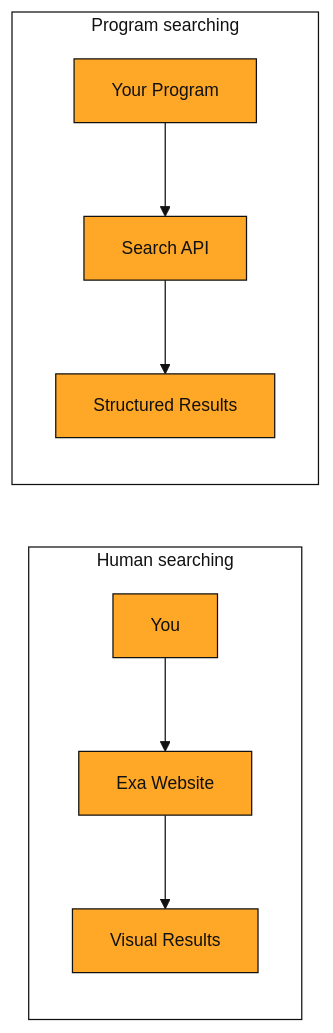
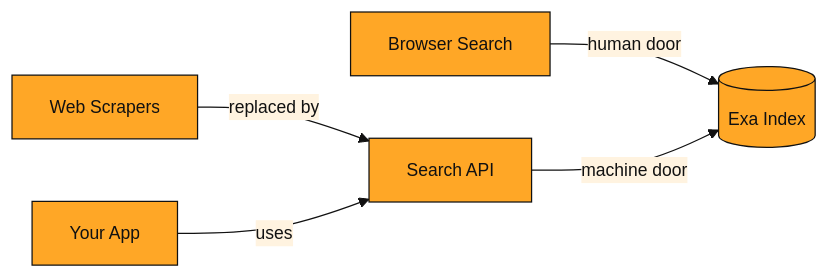
The diagram in exa-a-beginner-s-guide-to-search-api-beginner/lesson-04.md (The-Web3-Compass/Stack-courses), drawn with Mermaid before and after one commit. The commit also changed other lines of this file and 58 other files, not shown here.

````diff
--- a/exa-a-beginner-s-guide-to-search-api-beginner/lesson-04.md
+++ b/exa-a-beginner-s-guide-to-search-api-beginner/lesson-04.md
@@ -18,12 +45,8 @@
 ```mermaid
 %%{init: {'theme':'base','themeVariables':{'primaryColor':'#FFA726','primaryTextColor':'#111111','primaryBorderColor':'#111111','lineColor':'#111111','secondaryColor':'#FFF3E0','secondaryTextColor':'#111111','secondaryBorderColor':'#111111','tertiaryColor':'#FFFFFF','tertiaryTextColor':'#111111','tertiaryBorderColor':'#111111','fontFamily':'Inter, ui-sans-serif, system-ui, sans-serif','fontSize':'14px'}}}%%
 flowchart LR
-    subgraph Human["Human searching"]
-        U[You] --> EW[Exa Website]
-        EW --> VR[Visual Results]
-    end
-    subgraph Code["Program searching"]
-        P[Your Program] --> SA[Search API]
-        SA --> SR[Structured Results]
-    end
+    Scraper[Web Scrapers] -->|replaced by| API[Search API]
+    Browser[Browser Search] -->|human door| Index[(Exa Index)]
+    API -->|machine door| Index
+    App[Your App] -->|uses| API
 ```
````
